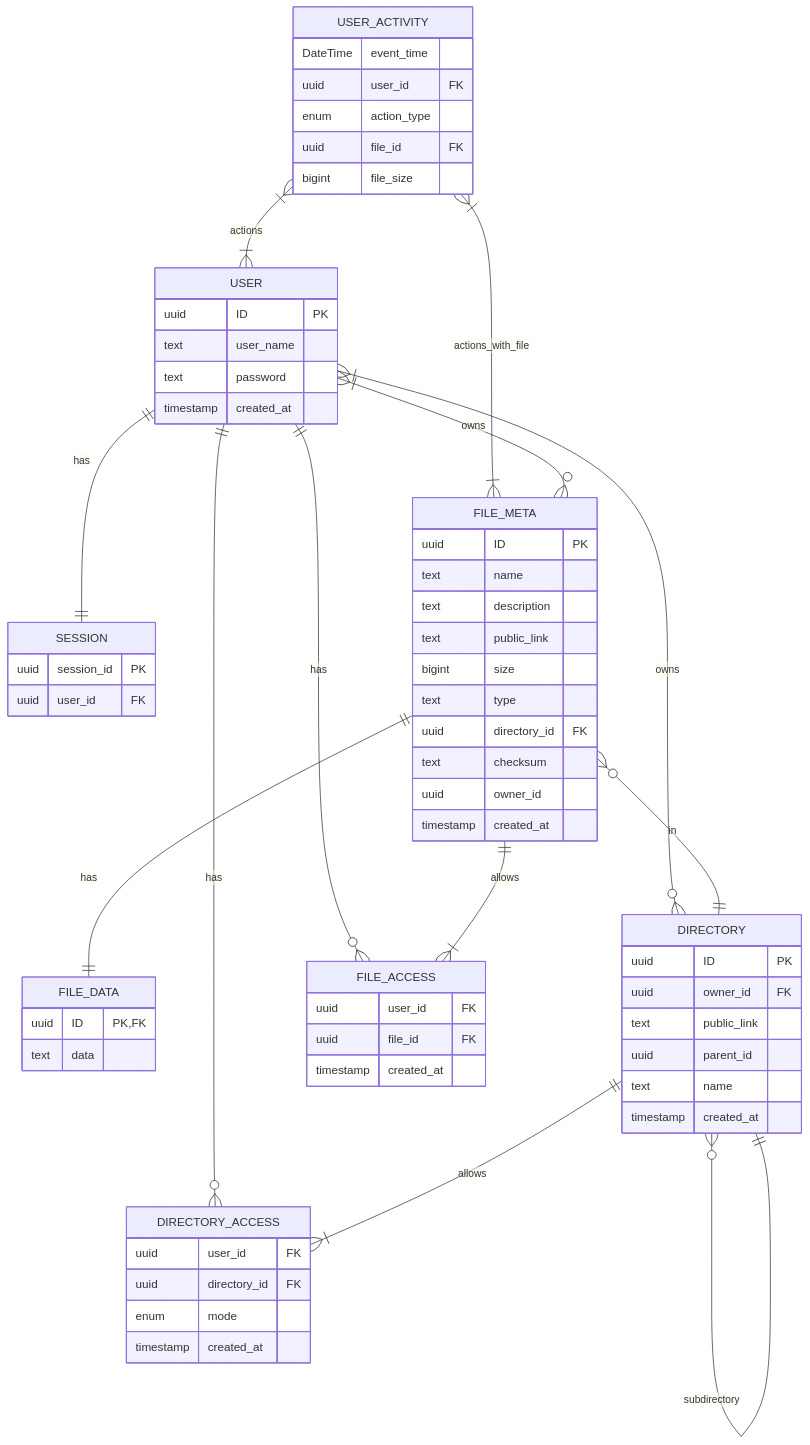
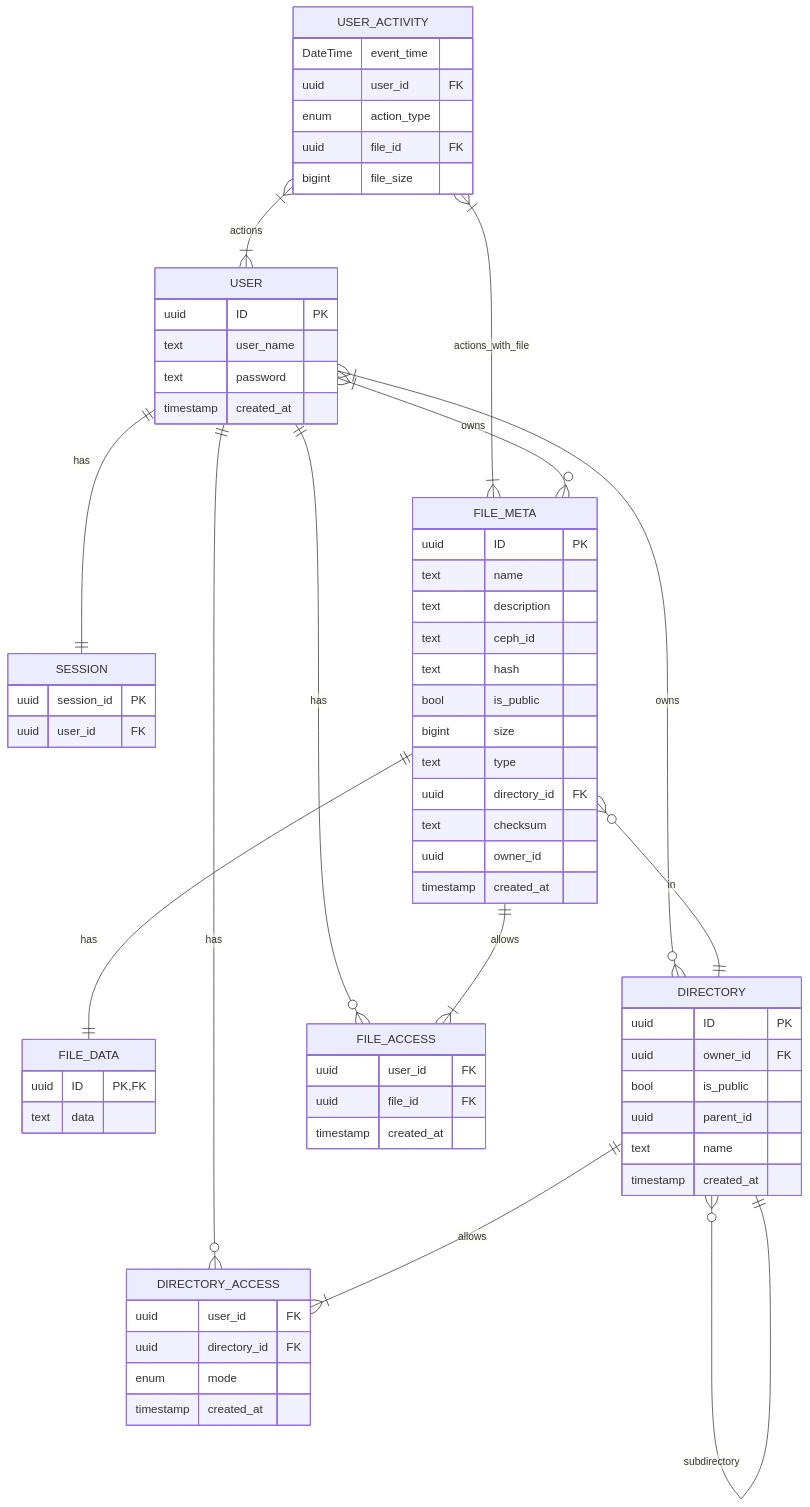
One commit to SlashLight/highload-cloud changed the second of 3 diagrams in README.md. Above: the diagram before and after it, drawn with Mermaid. The commit also changed other lines of this file, not shown here.

````diff
--- a/README.md
+++ b/README.md
@@ -179,79 +179,81 @@
 ```mermaid
 erDiagram
 USER{
     uuid ID PK
     text user_name
     text password
     timestamp created_at 
 }
 
 SESSION{
     uuid session_id PK
     uuid user_id FK
 }
 
 USER ||--|| SESSION : has
 
 FILE_META{
     uuid ID PK
     text name
     text description
-    text public_link
+    text ceph_id
+    text hash
+    bool is_public
     bigint size
     text type
     uuid directory_id FK
     text checksum
     uuid owner_id
     timestamp created_at  
 }
 
 FILE_DATA{
     uuid ID PK, FK
     text data
 }
 
 FILE_META ||--|| FILE_DATA : has
 
 USER_ACTIVITY{
     DateTime event_time
     uuid user_id FK
     enum action_type
     uuid file_id FK
     bigint file_size
 }
 
 USER_ACTIVITY |{ -- }| USER : actions
 USER_ACTIVITY |{ -- }| FILE_META: actions_with_file
 
 DIRECTORY{
     uuid ID PK
     uuid owner_id FK
-    text public_link
+    bool is_public
     uuid parent_id
     text name
     timestamp created_at  
 }
 
 DIRECTORY o{--|| DIRECTORY : subdirectory
 
 FILE_ACCESS {
     uuid user_id FK
     uuid file_id FK
     timestamp created_at
 }
 
 DIRECTORY_ACCESS {
     uuid user_id FK
     uuid directory_id FK
     enum mode 
     timestamp created_at
 }
 
 USER }|--o{ FILE_META : owns
 USER }|--o{ DIRECTORY : owns
 USER ||--o{ FILE_ACCESS : has
 FILE_META ||--|{ FILE_ACCESS : allows
 FILE_META }o--|| DIRECTORY : in
 USER ||--o{ DIRECTORY_ACCESS : has
 DIRECTORY ||--|{ DIRECTORY_ACCESS : allows
 ```
````
